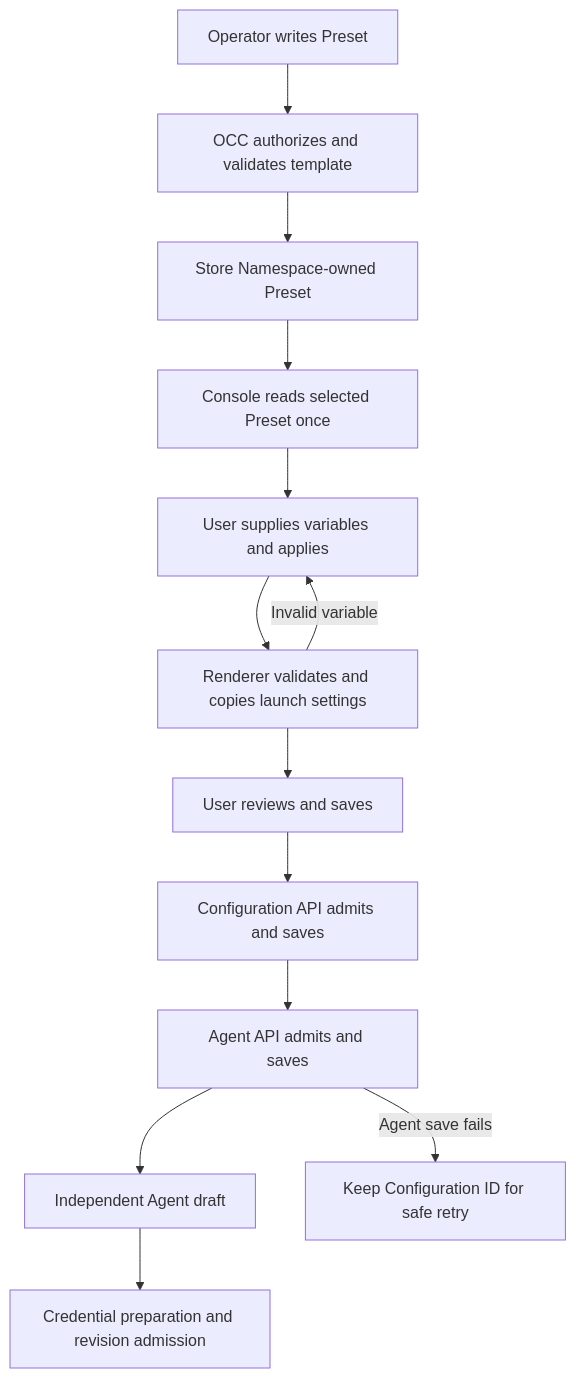
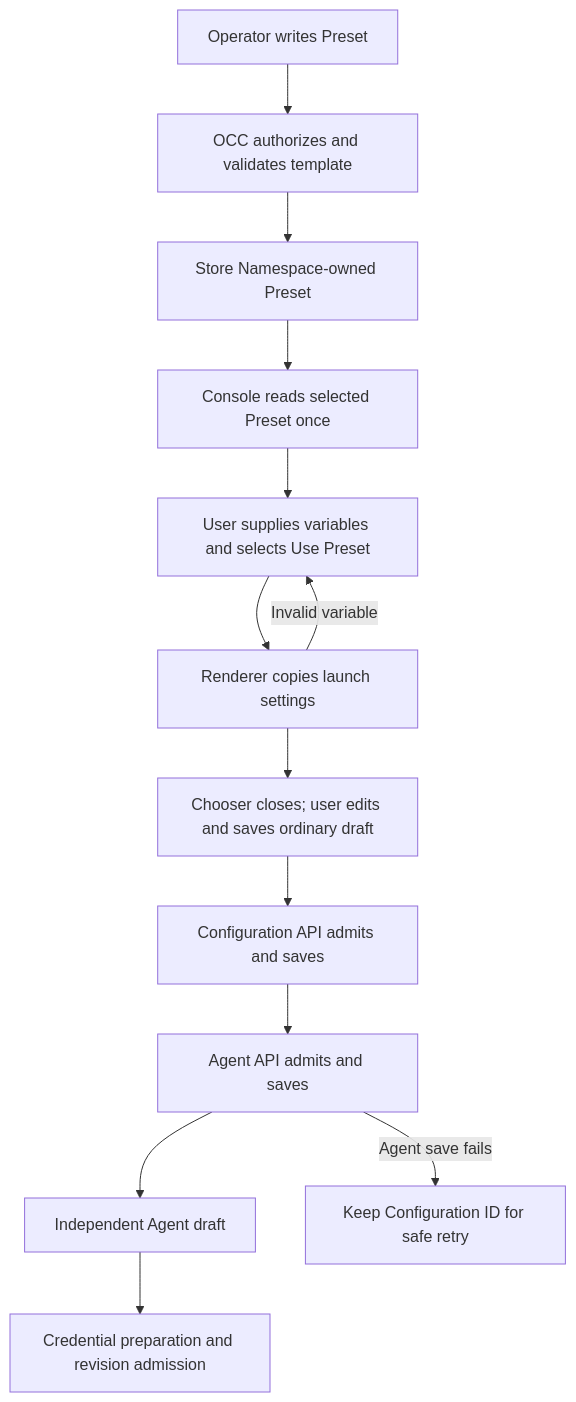
Before and after one commit to IsaiahStapleton/openclaw-enterprise: the diagram in docs/flows/agent-presets.md, drawn with Mermaid. The commit also changed other lines of this file and 15 other files, not shown here.

````diff
--- a/docs/flows/agent-presets.md
+++ b/docs/flows/agent-presets.md
@@ -29,15 +29,15 @@
 ```mermaid
 graph TD
   A["Operator writes Preset"] --> B["OCC authorizes and validates template"]
   B --> C["Store Namespace-owned Preset"]
   C --> D["Console reads selected Preset once"]
-  D --> E["User supplies variables and applies"]
-  E --> F["Renderer validates and copies launch settings"]
-  F --> G["User reviews and saves"]
+  D --> E["User supplies variables and selects Use Preset"]
+  E --> F["Renderer copies launch settings"]
+  F --> G["Chooser closes; user edits and saves ordinary draft"]
   G --> H["Configuration API admits and saves"]
   H --> I["Agent API admits and saves"]
   I --> J["Independent Agent draft"]
   F -->|Invalid variable| E
   I -->|Agent save fails| K["Keep Configuration ID for safe retry"]
   J --> L["Credential preparation and revision admission"]
 ```
````
